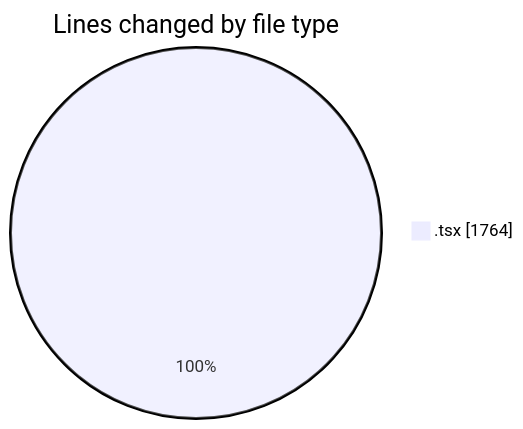
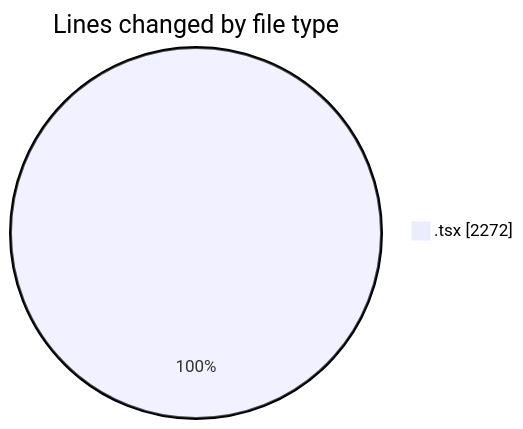
The first of 2 diagrams in 2025-11-11/cda/README.md (momahboobian/code-tracking), drawn with Mermaid before and after one commit. The commit also changed other lines of this file and 1 other file, not shown here.

````diff
--- a/2025-11-11/cda/README.md
+++ b/2025-11-11/cda/README.md
@@ -23,5 +23,5 @@
 ```mermaid
 pie showData
 title Lines changed by file type
-".tsx" : 1764
+".tsx" : 2272
 ```
````
